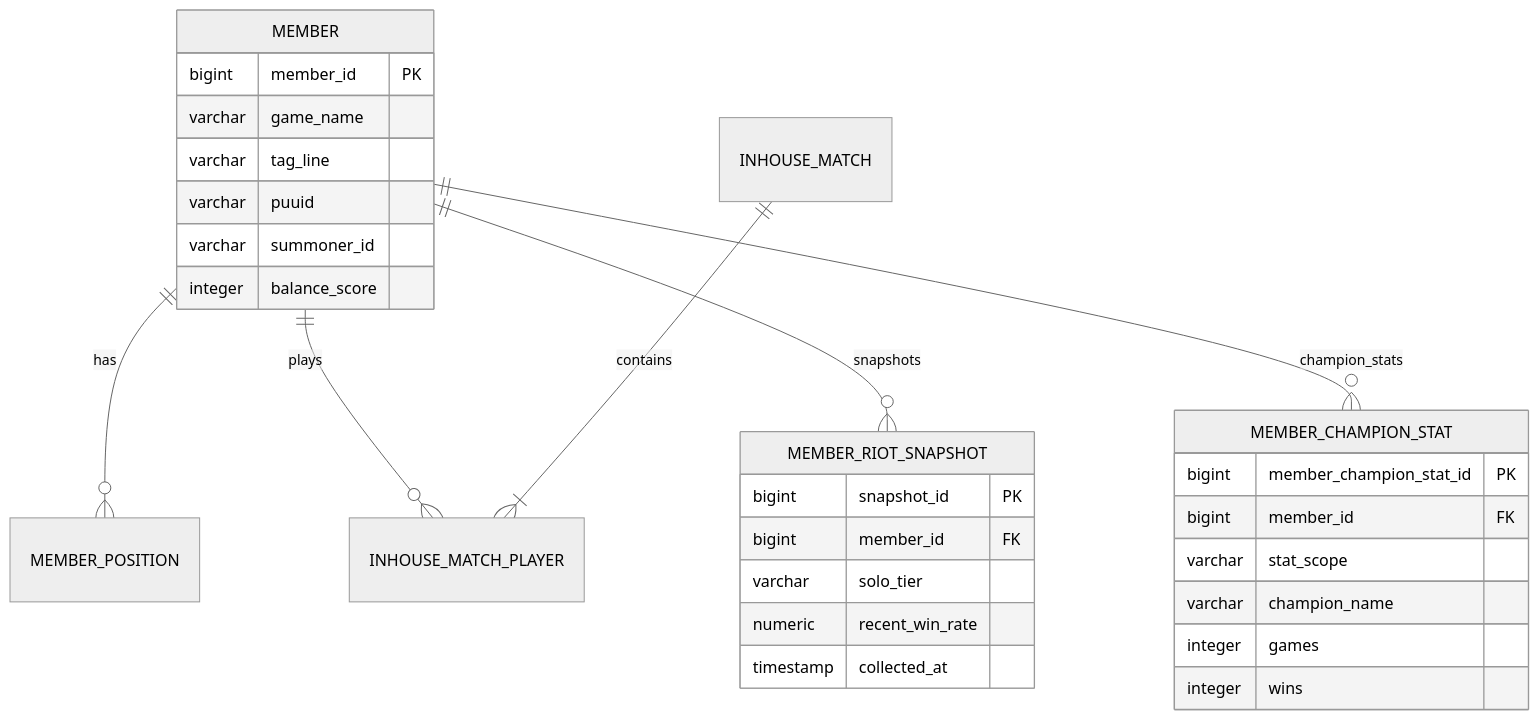
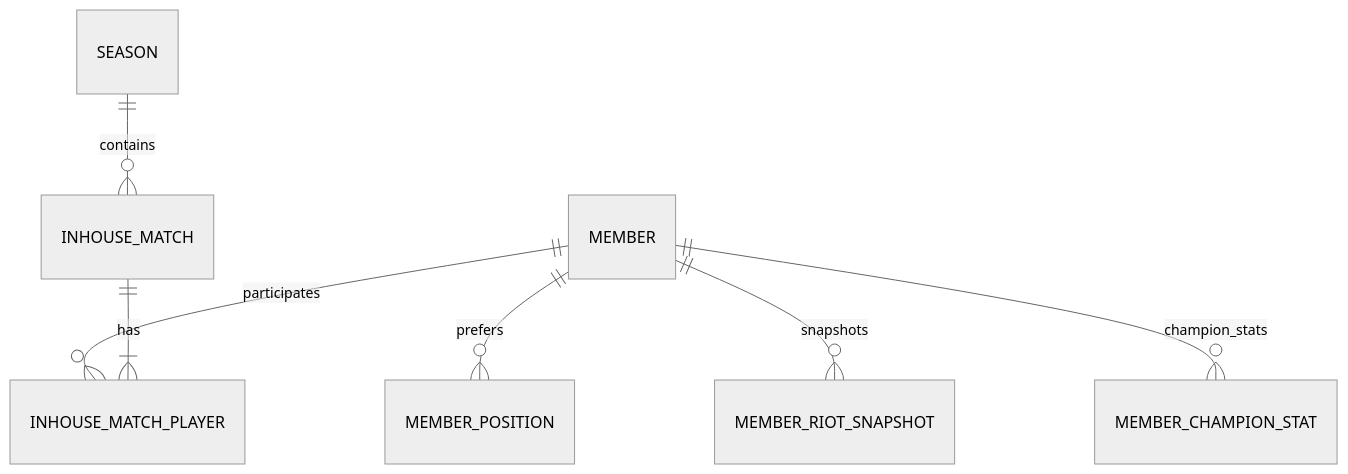
One commit to whwnsgk/luna-spring-java11 changed the diagram in docs/ERD.md. Above: the diagram before and after it, drawn with Mermaid (neutral theme). The commit also changed other lines of this file and 31 other files, not shown here.

````diff
--- a/docs/ERD.md
+++ b/docs/ERD.md
@@ -2,11 +3,9 @@
 ```mermaid
 erDiagram
- MEMBER ||--o{ MEMBER_POSITION : has
- MEMBER ||--o{ INHOUSE_MATCH_PLAYER : plays
- INHOUSE_MATCH ||--|{ INHOUSE_MATCH_PLAYER : contains
- MEMBER ||--o{ MEMBER_RIOT_SNAPSHOT : snapshots
- MEMBER ||--o{ MEMBER_CHAMPION_STAT : champion_stats
- MEMBER { bigint member_id PK varchar game_name varchar tag_line varchar puuid varchar summoner_id integer balance_score }
- MEMBER_RIOT_SNAPSHOT { bigint snapshot_id PK bigint member_id FK varchar solo_tier numeric recent_win_rate timestamp collected_at }
- MEMBER_CHAMPION_STAT { bigint member_champion_stat_id PK bigint member_id FK varchar stat_scope varchar champion_name integer games integer wins }
+    MEMBER ||--o{ MEMBER_POSITION : prefers
+    MEMBER ||--o{ INHOUSE_MATCH_PLAYER : participates
+    SEASON ||--o{ INHOUSE_MATCH : contains
+    INHOUSE_MATCH ||--|{ INHOUSE_MATCH_PLAYER : has
+    MEMBER ||--o{ MEMBER_RIOT_SNAPSHOT : snapshots
+    MEMBER ||--o{ MEMBER_CHAMPION_STAT : champion_stats
 ```
````
